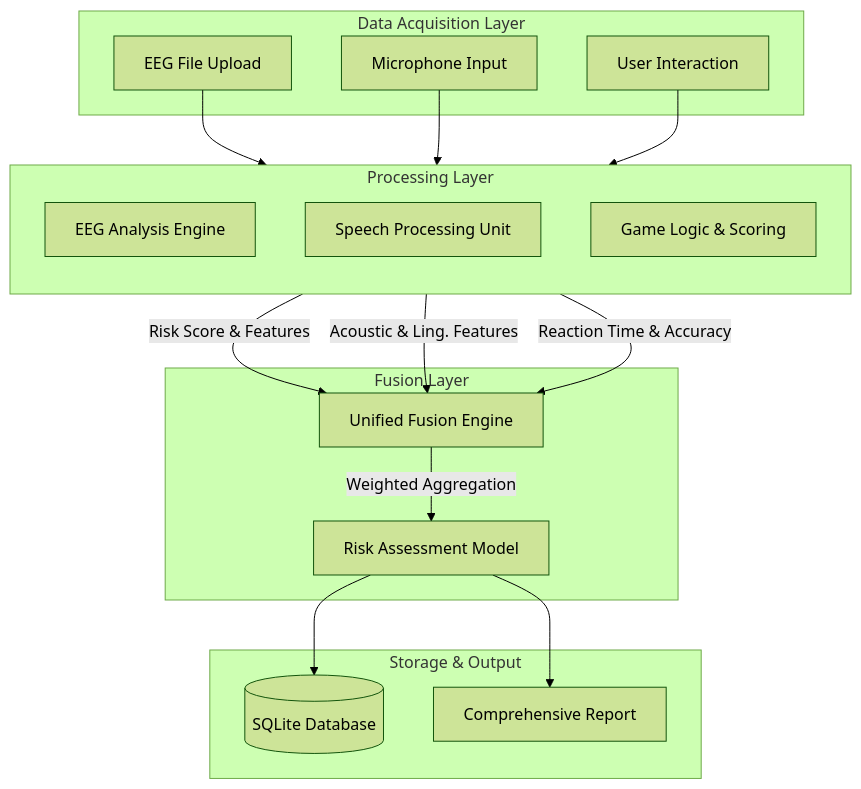
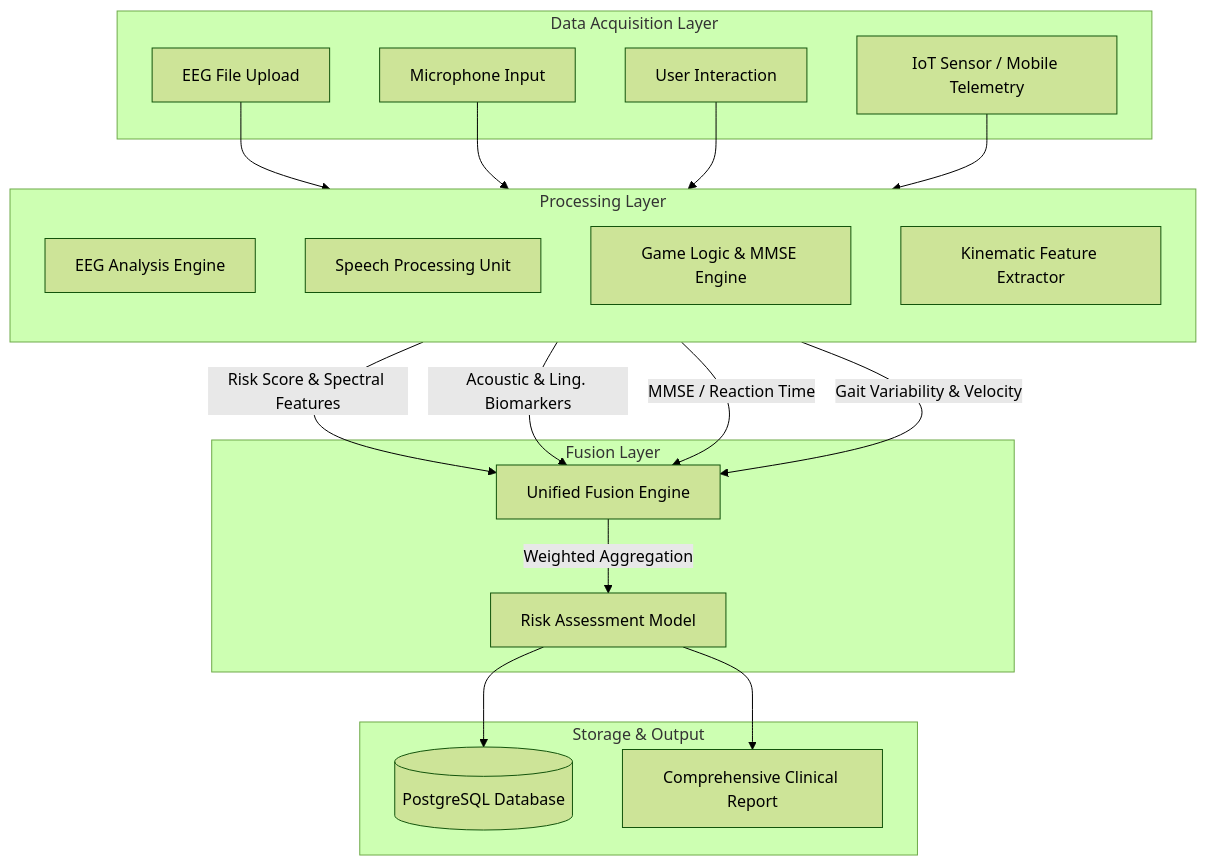
One commit to Soham8763/Cogni-Safe changed the first of 4 diagrams in README.md. Above: the diagram before and after it, drawn with Mermaid (forest theme). The commit also changed other lines of this file, not shown here.

Commit message:
feat: Introduce kinematic gait analysis, enhance speech module with MMSE integration, and update architecture details.

````diff
--- a/README.md
+++ b/README.md
@@ -27,37 +30,41 @@
 ```mermaid
 graph TD
     subgraph "Data Acquisition Layer"
         EEG_In[EEG File Upload]
         Speech_In[Microphone Input]
         Game_In[User Interaction]
+        Gait_In[IoT Sensor / Mobile Telemetry]
     end
 
     subgraph "Processing Layer"
         direction TB
         EEG_Proc[EEG Analysis Engine]
         Speech_Proc[Speech Processing Unit]
-        Game_Proc[Game Logic & Scoring]
+        Game_Proc[Game Logic & MMSE Engine]
+        Gait_Proc[Kinematic Feature Extractor]
     end
 
     subgraph "Fusion Layer"
         Unified[Unified Fusion Engine]
         Risk[Risk Assessment Model]
     end
 
     subgraph "Storage & Output"
-        DB[(SQLite Database)]
-        Report[Comprehensive Report]
+        DB[(PostgreSQL Database)]
+        Report[Comprehensive Clinical Report]
     end
 
     EEG_In --> EEG_Proc
     Speech_In --> Speech_Proc
     Game_In --> Game_Proc
+    Gait_In --> Gait_Proc
 
-    EEG_Proc -->|"Risk Score & Features"| Unified
-    Speech_Proc -->|"Acoustic & Ling. Features"| Unified
-    Game_Proc -->|"Reaction Time & Accuracy"| Unified
+    EEG_Proc -->|"Risk Score & Spectral Features"| Unified
+    Speech_Proc -->|"Acoustic & Ling. Biomarkers"| Unified
+    Game_Proc -->|"MMSE / Reaction Time"| Unified
+    Gait_Proc -->|"Gait Variability & Velocity"| Unified
 
     Unified -->|"Weighted Aggregation"| Risk
     Risk --> DB
     Risk --> Report
 ```
````
